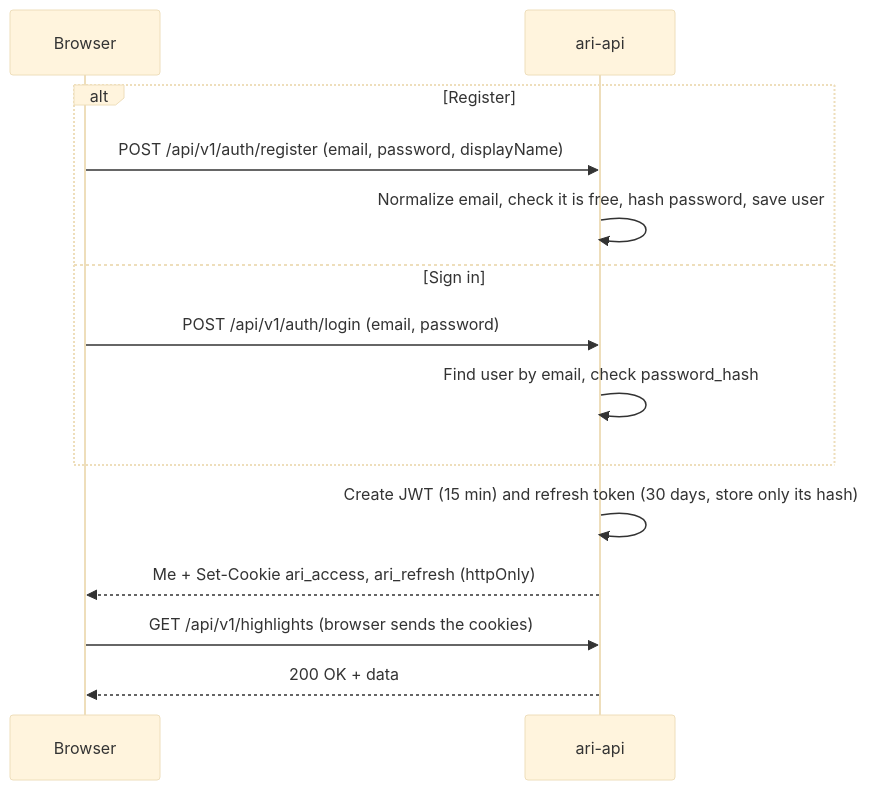
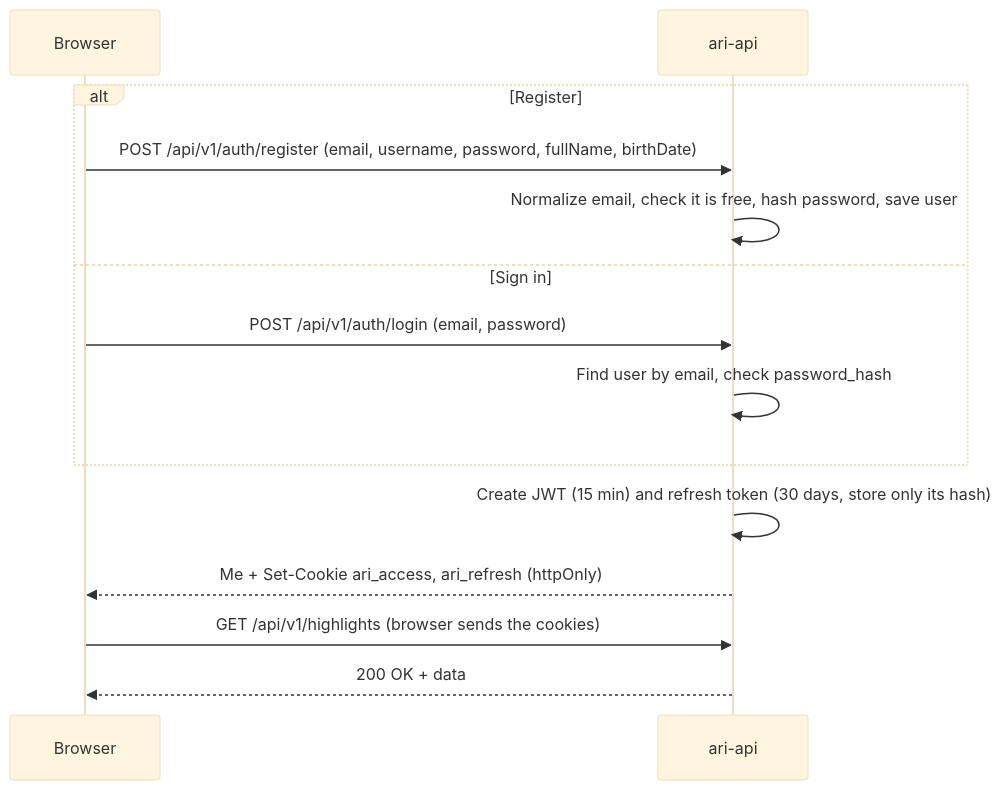
One commit to salimsalimzade/ari-api changed the first of 8 diagrams in docs/sequences.md. Above: the diagram before and after it, drawn with Mermaid (base theme). The commit also changed 17 other files, not shown here.

````diff
--- a/docs/sequences.md
+++ b/docs/sequences.md
@@ -18,16 +18,16 @@
 ```mermaid
 sequenceDiagram
   participant B as Browser
   participant A as ari-api
   alt Register
-    B->>A: POST /api/v1/auth/register (email, password, displayName)
+    B->>A: POST /api/v1/auth/register (email, username, password, fullName, birthDate)
     A->>A: Normalize email, check it is free, hash password, save user
   else Sign in
     B->>A: POST /api/v1/auth/login (email, password)
     A->>A: Find user by email, check password_hash
   end
   A->>A: Create JWT (15 min) and refresh token (30 days, store only its hash)
   A-->>B: Me + Set-Cookie ari_access, ari_refresh (httpOnly)
   B->>A: GET /api/v1/highlights (browser sends the cookies)
   A-->>B: 200 OK + data
 ```
````
